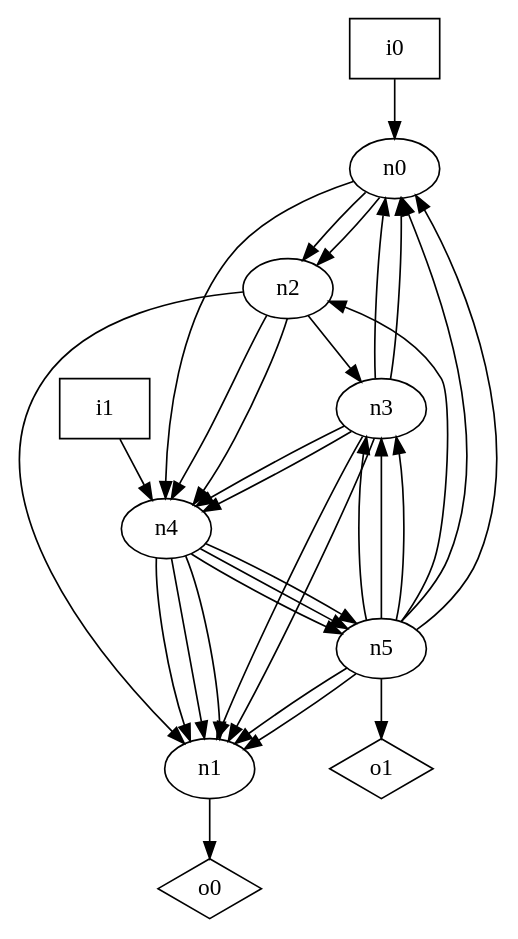
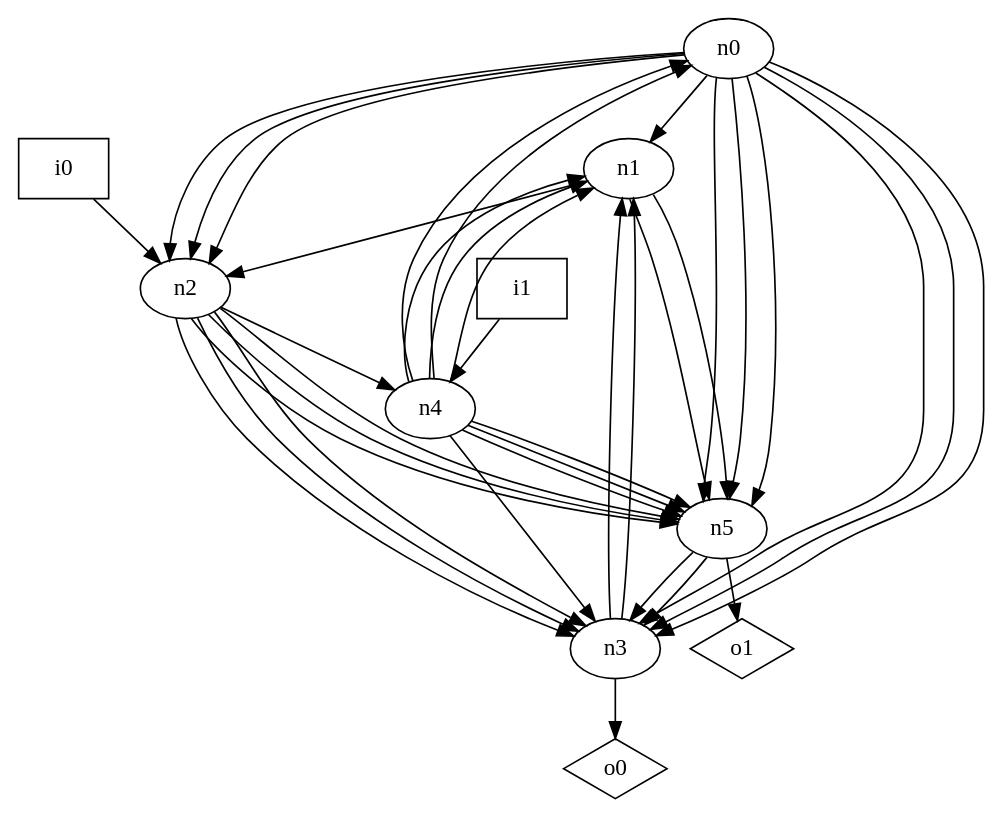
One commit to p9romain/bool-circuits changed the diagram in dot_files/random_graph/oriented_loop_free_graph.dot. Above: the diagram before and after it, drawn with Graphviz. The commit also changed 74 other files, not shown here.

```diff
--- a/dot_files/random_graph/oriented_loop_free_graph.dot
+++ b/dot_files/random_graph/oriented_loop_free_graph.dot
@@ -1,43 +1,49 @@
 digraph G {
 n0 [label="n0"];
 n1 [label="n1"];
 n2 [label="n2"];
 n3 [label="n3"];
 n4 [label="n4"];
 n5 [label="n5"];
 n6 [label="i0",shape="box"];
 n7 [label="i1",shape="box"];
 n8 [label="o0",shape="diamond"];
 n9 [label="o1",shape="diamond"];
+n0 -> n1
 n0 -> n2
 n0 -> n2
-n0 -> n4
-n1 -> n8
-n2 -> n1
+n0 -> n2
+n0 -> n3
+n0 -> n3
+n0 -> n3
+n0 -> n5
+n0 -> n5
+n0 -> n5
+n1 -> n2
+n1 -> n5
+n1 -> n5
+n2 -> n3
+n2 -> n3
 n2 -> n3
 n2 -> n4
-n2 -> n4
-n3 -> n0
-n3 -> n0
+n2 -> n5
+n2 -> n5
+n2 -> n5
 n3 -> n1
 n3 -> n1
-n3 -> n4
-n3 -> n4
+n3 -> n8
+n4 -> n0
+n4 -> n0
 n4 -> n1
 n4 -> n1
 n4 -> n1
+n4 -> n3
 n4 -> n5
 n4 -> n5
 n4 -> n5
-n5 -> n0
-n5 -> n0
-n5 -> n1
-n5 -> n1
-n5 -> n2
-n5 -> n3
 n5 -> n3
 n5 -> n3
 n5 -> n9
-n6 -> n0
+n6 -> n2
 n7 -> n4
 }
```
